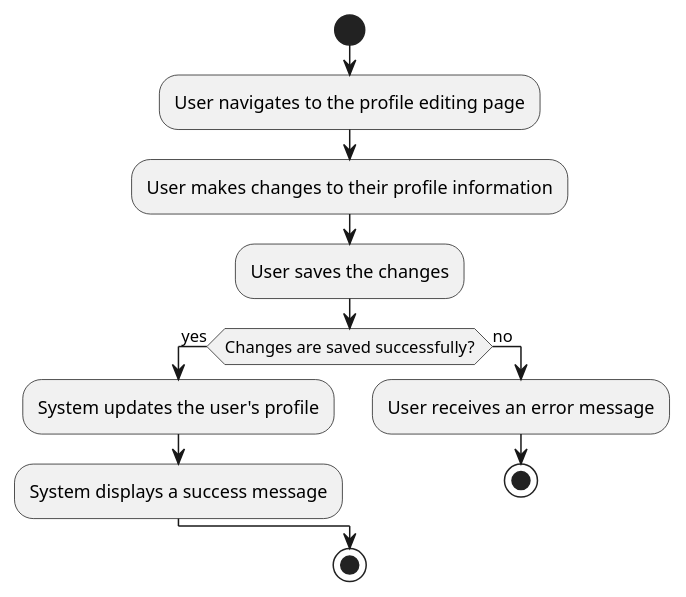
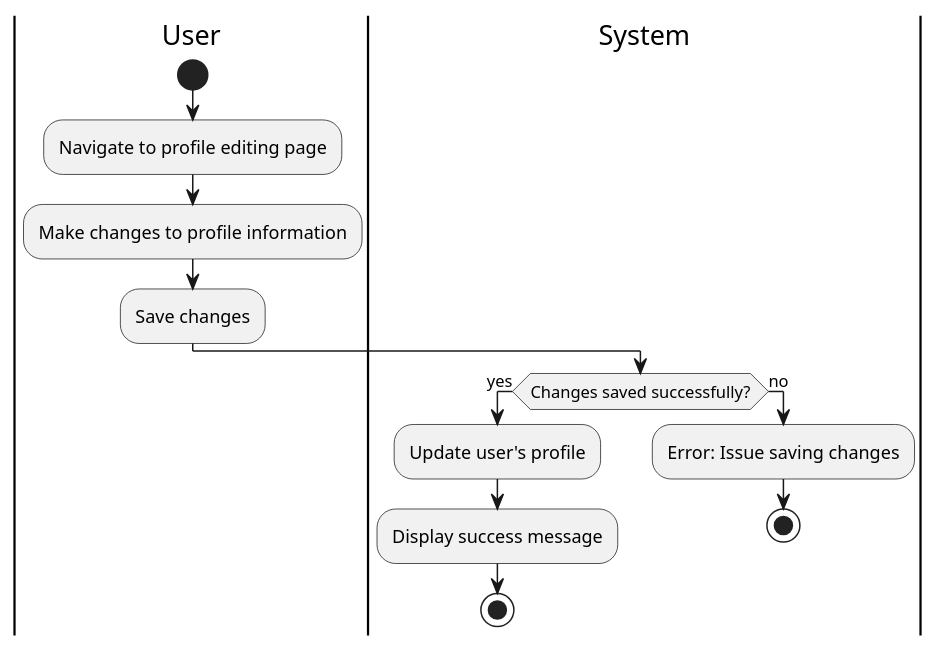
Before and after one commit to tungbeo0221/Forked-crosscodex.github.io: the ninth of 22 diagrams in docs/checkpoint_1/use_cases.md, drawn with PlantUML. The commit also changed other lines of this file and 39 other files, not shown here.

````diff
--- a/docs/checkpoint_1/use_cases.md
+++ b/docs/checkpoint_1/use_cases.md
@@ -231,16 +285,19 @@
 ```plantuml
 @startuml
+|User|
 start
-:User navigates to the profile editing page;
-:User makes changes to their profile information;
-:User saves the changes;
-if (Changes are saved successfully?) then (yes)
-  :System updates the user's profile;
-  :System displays a success message;
+:Navigate to profile editing page;
+:Make changes to profile information;
+:Save changes;
+|System|
+if (Changes saved successfully?) then (yes)
+  :Update user's profile;
+  :Display success message;
+  stop
 else (no)
-  :User receives an error message;
+  :Error: Issue saving changes;
   stop
 endif
-stop
 @enduml
+
 ```
````
